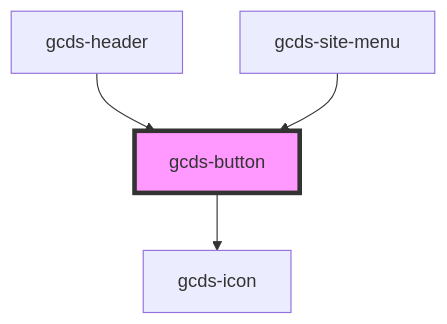
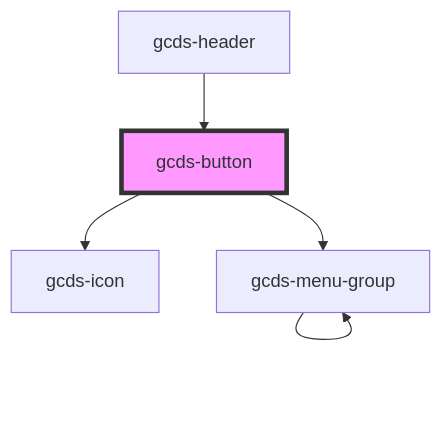
Before and after one commit to cds-snc/gcds-components: the diagram in packages/web/src/components/gcds-button/readme.md, drawn with Mermaid. The commit also changed other lines of this file and 37 other files, not shown here.

````diff
--- a/packages/web/src/components/gcds-button/readme.md
+++ b/packages/web/src/components/gcds-button/readme.md
@@ -59,7 +59,8 @@
 ```mermaid
 graph TD;
   gcds-button --> gcds-icon
+  gcds-button --> gcds-menu-group
+  gcds-menu-group --> gcds-menu-group
   gcds-header --> gcds-button
-  gcds-site-menu --> gcds-button
   style gcds-button fill:#f9f,stroke:#333,stroke-width:4px
 ```
````
